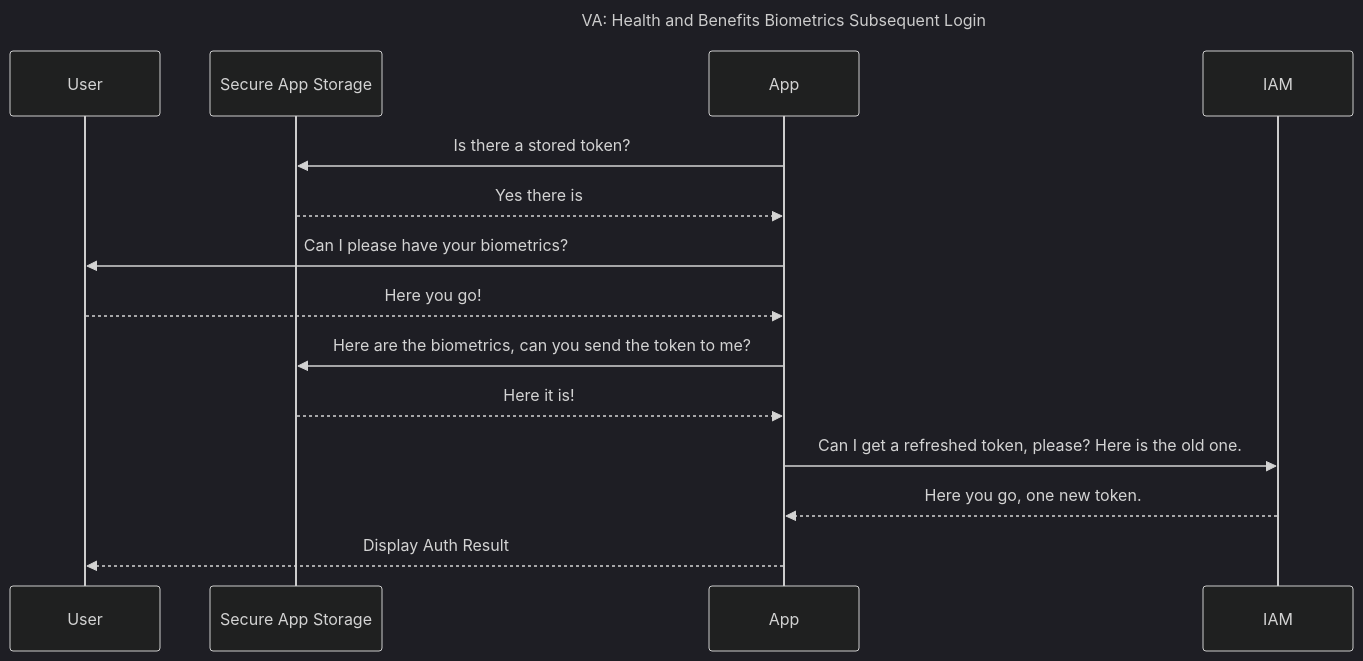
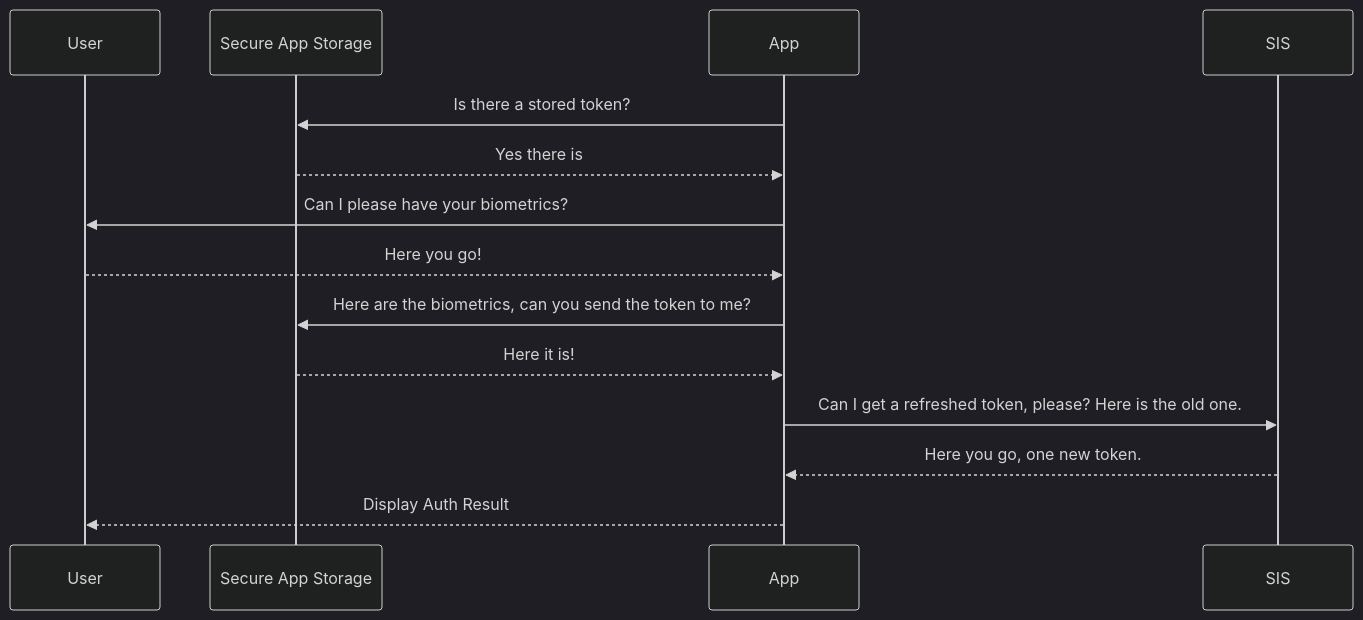
The fifth of 5 diagrams in VAMobile/documentation/docs/Engineering/BackEnd/Architecture/Auth Diagrams.md (department-of-veterans-affairs/va-mobile-app), drawn with Mermaid (dark theme) before and after one commit. The commit also changed other lines of this file and 6 other files, not shown here.

````diff
--- a/VAMobile/documentation/docs/Engineering/BackEnd/Architecture/Auth Diagrams.md
+++ b/VAMobile/documentation/docs/Engineering/BackEnd/Architecture/Auth Diagrams.md
@@ -77,17 +83,16 @@
 ```mermaid
 sequenceDiagram
-    title: VA: Health and Benefits Biometrics Subsequent Login
     participant User
     participant Secure App Storage
     participant App
-    participant IAM
+    participant SIS
     App->>Secure App Storage: Is there a stored token?
     Secure App Storage-->>App: Yes there is
     App->>User: Can I please have your biometrics?
     User-->>App: Here you go!
     App->>Secure App Storage: Here are the biometrics, can you send the token to me?
     Secure App Storage-->>App: Here it is!
-    App->>IAM: Can I get a refreshed token, please? Here is the old one.
-    IAM-->>App: Here you go, one new token.
+    App->>SIS: Can I get a refreshed token, please? Here is the old one.
+    SIS-->>App: Here you go, one new token.
     App-->>User: Display Auth Result
 ```
````
